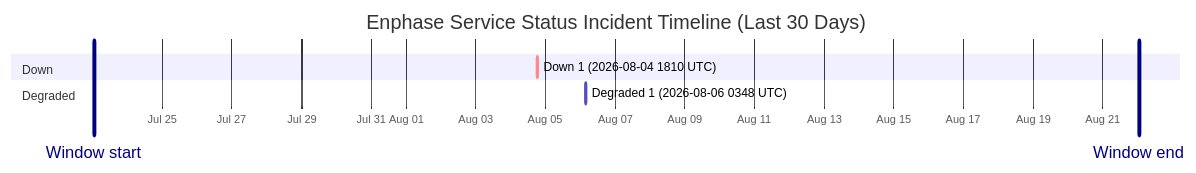
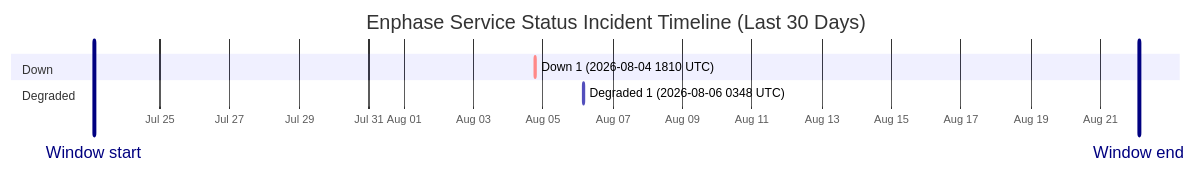
One commit to barneyonline/ha-enphase-energy changed the diagram in wiki/Service-Status-History.md. Above: the diagram before and after it, drawn with Mermaid. The commit also changed other lines of this file and 3 other files, not shown here.

````diff
--- a/wiki/Service-Status-History.md
+++ b/wiki/Service-Status-History.md
@@ -14,12 +14,12 @@
 ```mermaid
 gantt
     title Enphase Service Status Incident Timeline (Last 30 Days)
     dateFormat  YYYY-MM-DDTHH:mm:ss
     axisFormat  %b %d
-    Window start :vert, window-start, 2026-07-23T01:07:16, 0ms
-    Window end :vert, window-end, 2026-08-22T01:07:16, 0ms
+    Window start :vert, window-start, 2026-07-23T02:34:04, 0ms
+    Window end :vert, window-end, 2026-08-22T02:34:04, 0ms
     section Down
     Down 1 (2026-08-04 1810 UTC) :crit, down-1, 2026-08-04T18:10:46, 60m
     section Degraded
     Degraded 1 (2026-08-06 0348 UTC) :active, degraded-1, 2026-08-06T03:48:14, 60m
 ```
````
